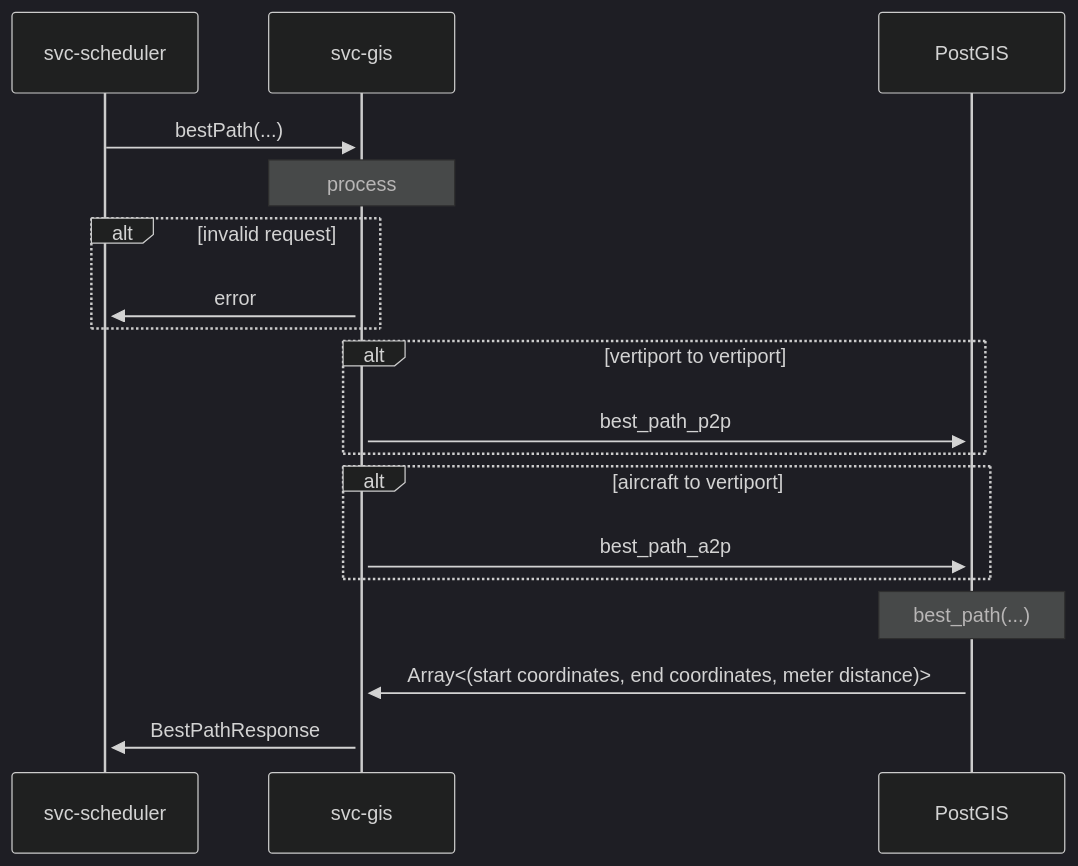
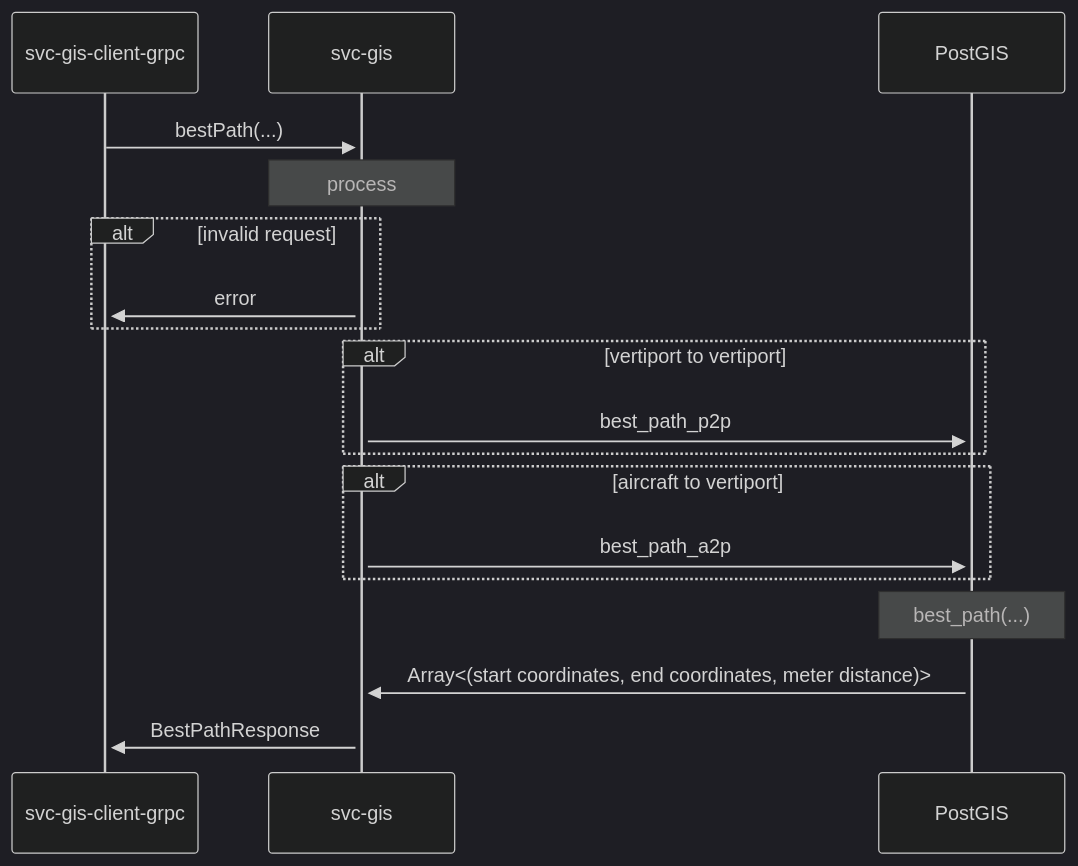
One commit to aetheric-oss/svc-gis changed the fifth of 6 diagrams in docs/sdd.md. Above: the diagram before and after it, drawn with Mermaid (dark theme). The commit also changed other lines of this file and 20 other files, not shown here.

````diff
--- a/docs/sdd.md
+++ b/docs/sdd.md
@@ -168,25 +181,25 @@
 ```mermaid
 sequenceDiagram
-    participant scheduler as svc-scheduler
+    participant client as svc-gis-client-grpc
     participant gis as svc-gis
     participant postgis as PostGIS
 
-    scheduler->>+gis: bestPath(...)
+    client->>+gis: bestPath(...)
     note over gis: process
     alt invalid request
-    gis->>+scheduler: error
+    gis->>+client: error
     end
     alt vertiport to vertiport
     gis->>+postgis: best_path_p2p
     end
 
     alt aircraft to vertiport
     gis->>+postgis: best_path_a2p
     end
 
     note over postgis: best_path(...)
 
     postgis->>+gis: Array<(start coordinates, end coordinates, meter distance)>
 
-    gis->>+scheduler: BestPathResponse
+    gis->>+client: BestPathResponse
 ```
````
